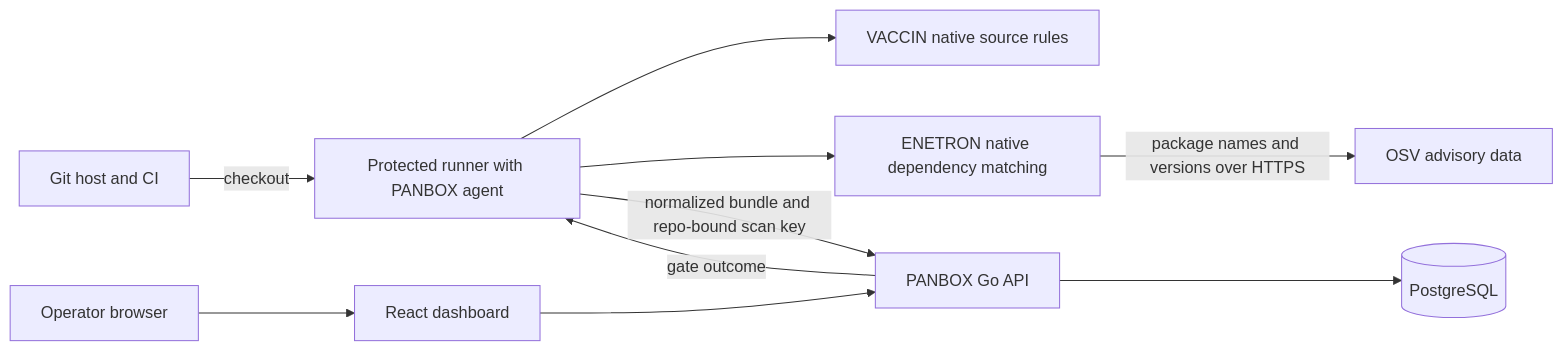
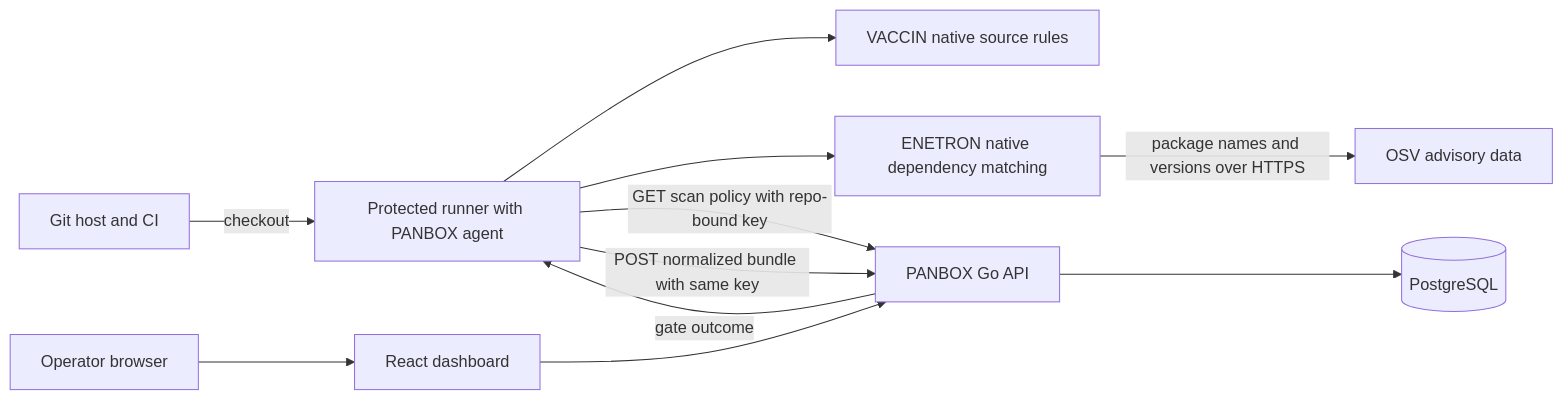
Before and after one commit to alterwriter/PANBOX: the diagram in README.md, drawn with Mermaid. The commit also changed other lines of this file and 33 other files, not shown here.

Commit message:
Add scan policy, recast triage, filtered PDF and MCP bridge

````diff
--- a/README.md
+++ b/README.md
@@ -11,12 +11,13 @@
 ```mermaid
 flowchart LR
     SCM[Git host and CI] -->|checkout| AGENT[Protected runner with PANBOX agent]
     AGENT --> V[VACCIN native source rules]
     AGENT --> E[ENETRON native dependency matching]
     E -->|package names and versions over HTTPS| OSV[OSV advisory data]
-    AGENT -->|normalized bundle and repo-bound scan key| API[PANBOX Go API]
+    AGENT -->|GET scan policy with repo-bound key| API[PANBOX Go API]
+    AGENT -->|POST normalized bundle with same key| API
     API --> DB[(PostgreSQL)]
     BROWSER[Operator browser] --> UI[React dashboard]
     UI --> API
     API -->|gate outcome| AGENT
 ```
````
